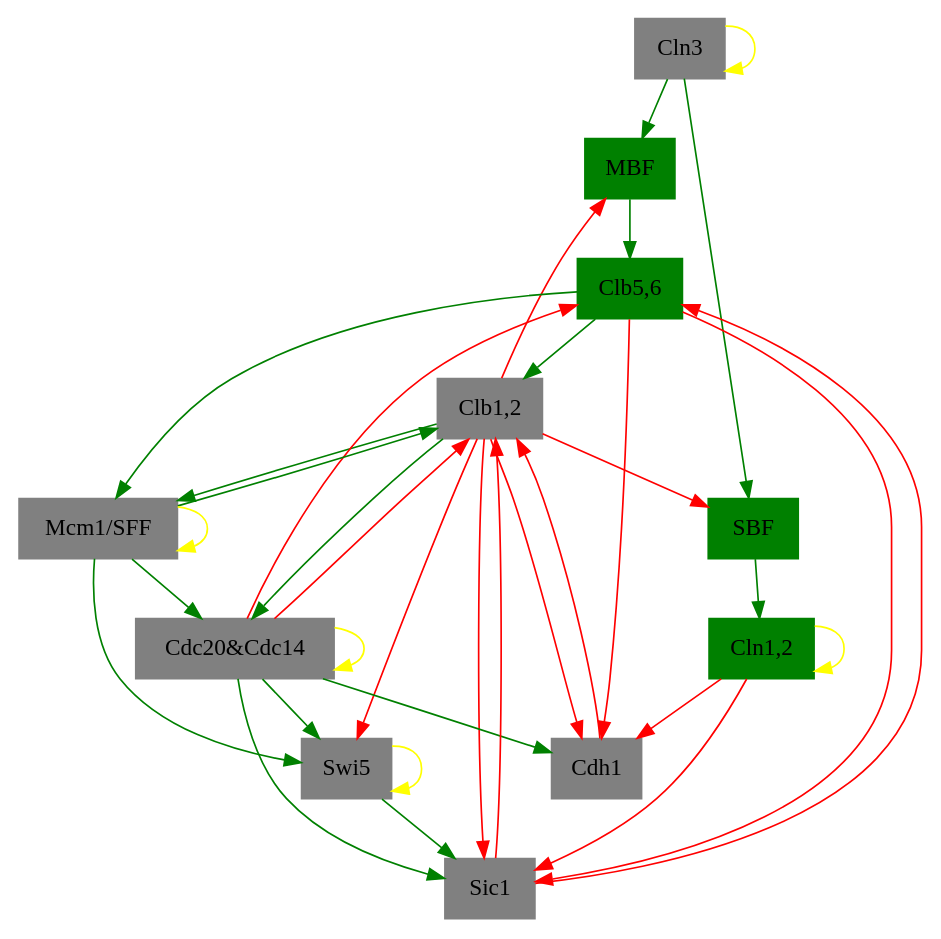
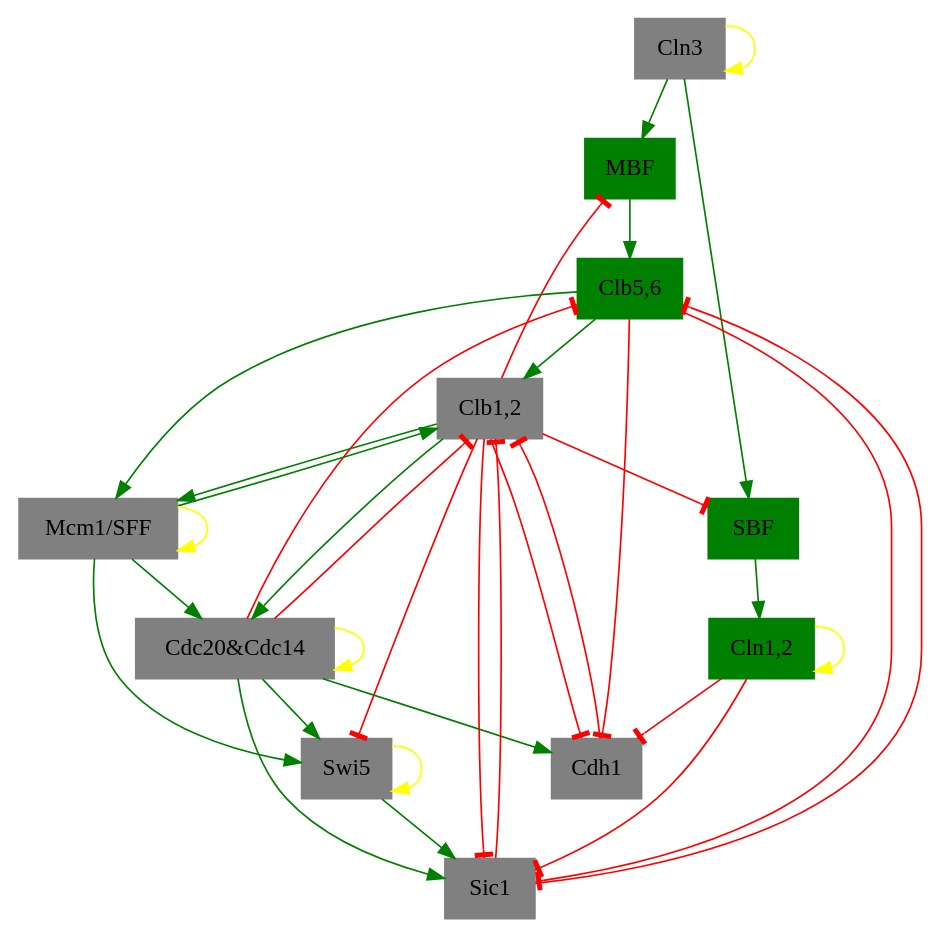
Before and after one commit to ellaqezi/cellCycle: the diagram in temporal/5.gv, drawn with Graphviz. The commit also changed 31 other files, not shown here.

```diff
--- a/temporal/5.gv
+++ b/temporal/5.gv
@@ -1,70 +1,70 @@
-digraph 01110001000  {
+digraph "01110001000"  {
 "Cln3" [shape=box, color=gray, style=filled];
-	edge [color=yellow]; 
+	edge [color=yellow, arrowhead=normal]; 
 	"Cln3" -> "Cln3";
 "MBF" [shape=box, color=green, style=filled];
-	edge [color=green]; 
+	edge [color=green, arrowhead=normal]; 
 	"Cln3" -> "MBF";
-	edge [color=red]; 
+	edge [color=red, arrowhead=tee]; 
 	"Clb1,2" -> "MBF";
 "SBF" [shape=box, color=green, style=filled];
-	edge [color=green]; 
+	edge [color=green, arrowhead=normal]; 
 	"Cln3" -> "SBF";
-	edge [color=red]; 
+	edge [color=red, arrowhead=tee]; 
 	"Clb1,2" -> "SBF";
 "Cln1,2" [shape=box, color=green, style=filled];
-	edge [color=yellow]; 
+	edge [color=yellow, arrowhead=normal]; 
 	"Cln1,2" -> "Cln1,2";
-	edge [color=green]; 
+	edge [color=green, arrowhead=normal]; 
 	"SBF" -> "Cln1,2";
 "Cdh1" [shape=box, color=gray, style=filled];
-	edge [color=green]; 
+	edge [color=green, arrowhead=normal]; 
 	"Cdc20&Cdc14" -> "Cdh1";
-	edge [color=red]; 
+	edge [color=red, arrowhead=tee]; 
 	"Clb1,2" -> "Cdh1";
 	"Clb5,6" -> "Cdh1";
 	"Cln1,2" -> "Cdh1";
 "Swi5" [shape=box, color=gray, style=filled];
-	edge [color=yellow]; 
+	edge [color=yellow, arrowhead=normal]; 
 	"Swi5" -> "Swi5";
-	edge [color=green]; 
+	edge [color=green, arrowhead=normal]; 
 	"Cdc20&Cdc14" -> "Swi5";
 	"Mcm1/SFF" -> "Swi5";
-	edge [color=red]; 
+	edge [color=red, arrowhead=tee]; 
 	"Clb1,2" -> "Swi5";
 "Cdc20&Cdc14" [shape=box, color=gray, style=filled];
-	edge [color=yellow]; 
+	edge [color=yellow, arrowhead=normal]; 
 	"Cdc20&Cdc14" -> "Cdc20&Cdc14";
-	edge [color=green]; 
+	edge [color=green, arrowhead=normal]; 
 	"Clb1,2" -> "Cdc20&Cdc14";
 	"Mcm1/SFF" -> "Cdc20&Cdc14";
 "Clb5,6" [shape=box, color=green, style=filled];
-	edge [color=green]; 
+	edge [color=green, arrowhead=normal]; 
 	"MBF" -> "Clb5,6";
-	edge [color=red]; 
+	edge [color=red, arrowhead=tee]; 
 	"Cdc20&Cdc14" -> "Clb5,6";
 	"Sic1" -> "Clb5,6";
 "Sic1" [shape=box, color=gray, style=filled];
-	edge [color=green]; 
+	edge [color=green, arrowhead=normal]; 
 	"Cdc20&Cdc14" -> "Sic1";
 	"Swi5" -> "Sic1";
-	edge [color=red]; 
+	edge [color=red, arrowhead=tee]; 
 	"Clb1,2" -> "Sic1";
 	"Clb5,6" -> "Sic1";
 	"Cln1,2" -> "Sic1";
 "Clb1,2" [shape=box, color=gray, style=filled];
-	edge [color=green]; 
+	edge [color=green, arrowhead=normal]; 
 	"Clb5,6" -> "Clb1,2";
 	"Mcm1/SFF" -> "Clb1,2";
-	edge [color=red]; 
+	edge [color=red, arrowhead=tee]; 
 	"Cdc20&Cdc14" -> "Clb1,2";
 	"Cdh1" -> "Clb1,2";
 	"Sic1" -> "Clb1,2";
 "Mcm1/SFF" [shape=box, color=gray, style=filled];
-	edge [color=yellow]; 
+	edge [color=yellow, arrowhead=normal]; 
 	"Mcm1/SFF" -> "Mcm1/SFF";
-	edge [color=green]; 
+	edge [color=green, arrowhead=normal]; 
 	"Clb1,2" -> "Mcm1/SFF";
 	"Clb5,6" -> "Mcm1/SFF";
 
 }
```
